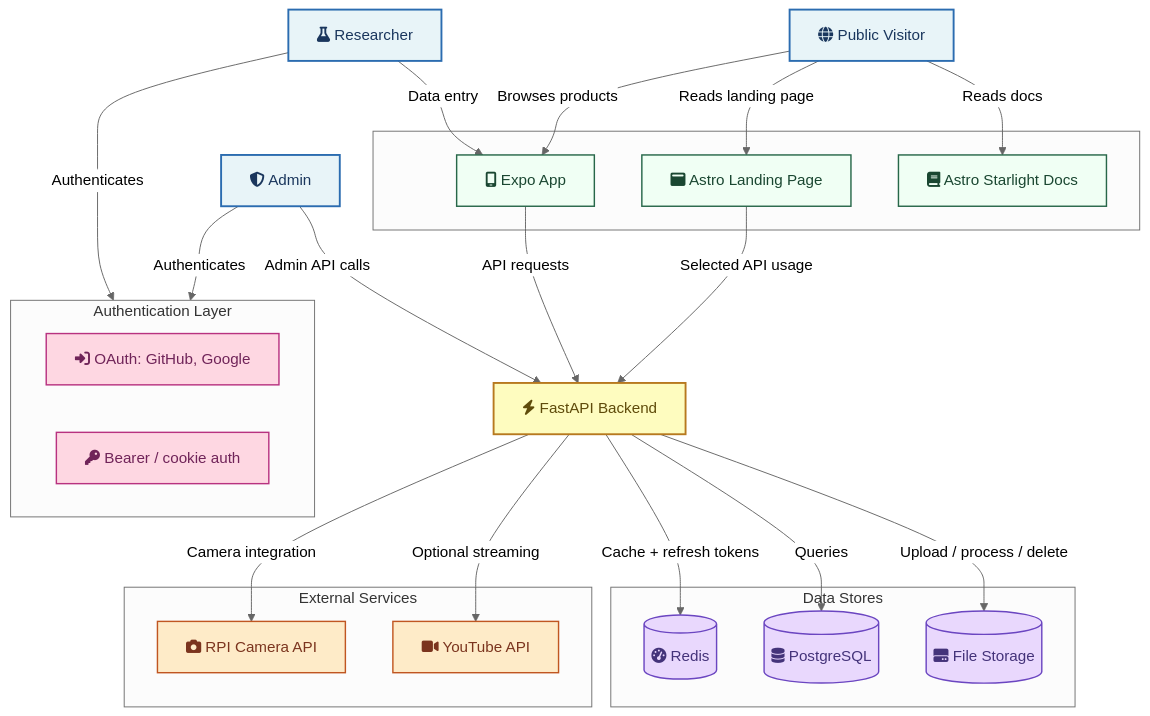
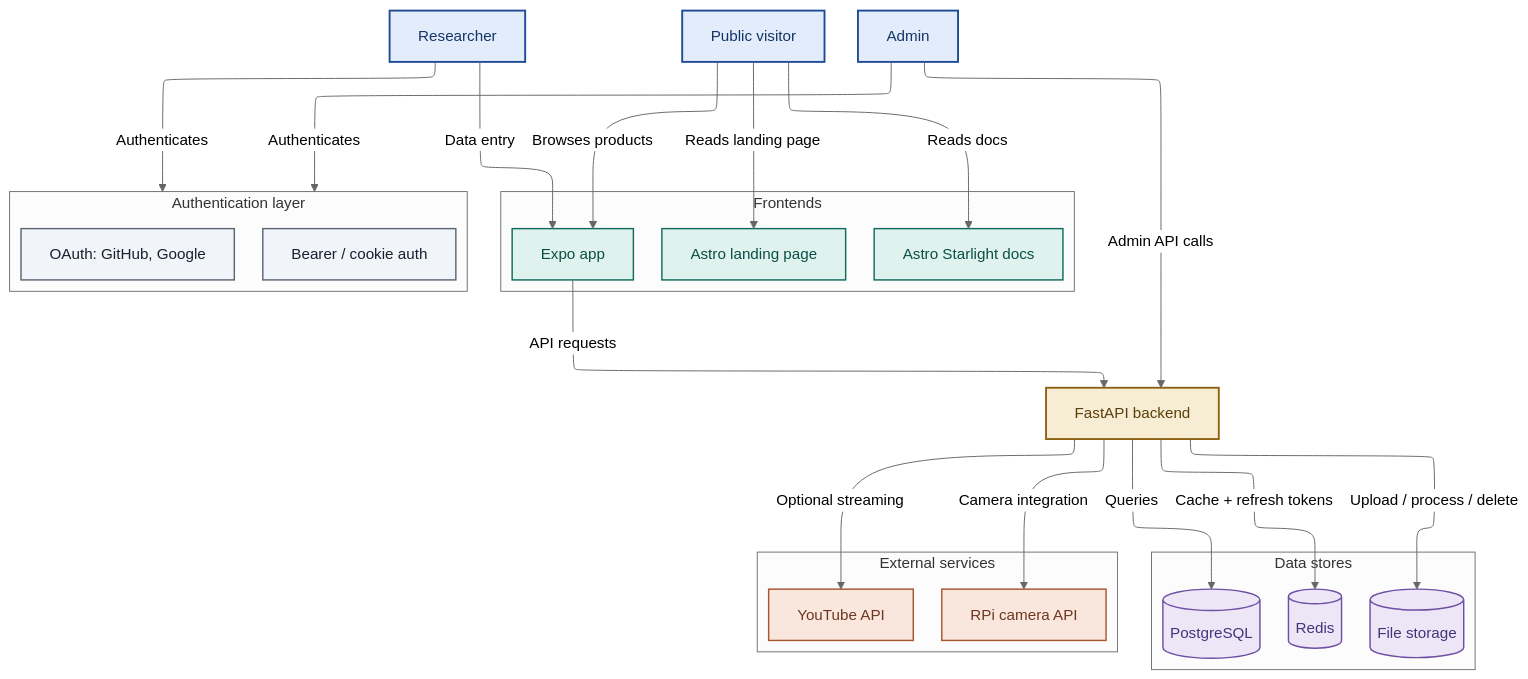
The diagram in docs/src/content/docs/architecture/system-design.mdx (CMLPlatform/relab), drawn with Mermaid (neutral theme) before and after one commit. The commit also changed other lines of this file and 2187 other files, not shown here.

````diff
--- a/docs/src/content/docs/architecture/system-design.mdx
+++ b/docs/src/content/docs/architecture/system-design.mdx
@@ -46,59 +10,67 @@
 ```mermaid
+---
+config:
+    layout: elk
+    elk:
+        nodePlacementStrategy: NETWORK_SIMPLEX
+---
+
 graph TD
-    Researcher["fa:fa-flask Researcher"] -->|Data entry| FrontendApp
-    PublicUser["fa:fa-globe Public Visitor"] -->|Browses products| FrontendApp
+    accTitle: Relab system architecture overview
+    accDescr: Researchers and public visitors reach the Expo app, Astro landing page, and Starlight docs frontends; the Expo app and admins call the FastAPI backend, which authenticates through OAuth and bearer/cookie auth, reads and writes PostgreSQL and Redis, manages file storage, and integrates with the RPi camera API and YouTube API.
+    Researcher["Researcher"] -->|Data entry| FrontendApp
+    PublicUser["Public visitor"] -->|Browses products| FrontendApp
     PublicUser -->|Reads landing page| FrontendWeb
     PublicUser -->|Reads docs| Docs
-    Admin["fa:fa-shield-halved Admin"] -->|Admin API calls| Backend
+    Admin["Admin"] -->|Admin API calls| Backend
 
-    subgraph Frontends [" "]
-        FrontendApp["fa:fa-mobile-screen Expo App"]
-        FrontendWeb["fa:fa-window-maximize Astro Landing Page"]
-        Docs["fa:fa-book Astro Starlight Docs"]
+    subgraph Frontends ["Frontends"]
+        FrontendApp["Expo app"]
+        FrontendWeb["Astro landing page"]
+        Docs["Astro Starlight docs"]
     end
 
     FrontendApp -->|API requests| Backend
-    FrontendWeb -->|Selected API usage| Backend
+    Backend["FastAPI backend"]
 
-    Backend["fa:fa-bolt FastAPI Backend"]
-
-    subgraph DataStores ["Data Stores"]
-        Redis[("fa:fa-gauge-high Redis")]
-        PostgreSQL[("fa:fa-database PostgreSQL")]
-        FileStorage[("fa:fa-hard-drive File Storage")]
+    subgraph DataStores ["Data stores"]
+        Redis[("Redis")]
+        PostgreSQL[("PostgreSQL")]
+        FileStorage[("File storage")]
     end
 
     Backend -->|Cache + refresh tokens| Redis
     Backend -->|Queries| PostgreSQL
     Backend -->|Upload / process / delete| FileStorage
 
-    subgraph Auth ["Authentication Layer"]
-        OAuthProviders["fa:fa-right-to-bracket OAuth: GitHub, Google"]
-        AuthSystem["fa:fa-key Bearer / cookie auth"]
+    subgraph Auth ["Authentication layer"]
+        OAuthProviders["OAuth: GitHub, Google"]
+        AuthSystem["Bearer / cookie auth"]
     end
 
     Researcher -->|Authenticates| Auth
     Admin -->|Authenticates| Auth
 
-    subgraph External ["External Services"]
-        RaspberryPi["fa:fa-camera RPI Camera API"]
-        YouTube["fa:fa-video YouTube API"]
+    subgraph External ["External services"]
+        RaspberryPi["RPi camera API"]
+        YouTube["YouTube API"]
     end
 
     Backend -->|Camera integration| RaspberryPi
     Backend -->|Optional streaming| YouTube
 
-    classDef actor fill:#e8f4f8,stroke:#2b6cb0,stroke-width:2px,color:#1a365d
-    classDef frontend fill:#f0fff4,stroke:#276749,stroke-width:1.5px,color:#1a4731
-    classDef backend fill:#fefcbf,stroke:#b7791f,stroke-width:2px,color:#5f4b0a
-    classDef datastore fill:#e9d8fd,stroke:#6b46c1,stroke-width:1.5px,color:#44337a
-    classDef auth fill:#fed7e2,stroke:#b83280,stroke-width:1.5px,color:#702459
-    classDef external fill:#feebc8,stroke:#c05621,stroke-width:1.5px,color:#7b341e
+    %% Diagram palette from assets/DESIGN.md (categorical ramp)
+    classDef actor fill:#e3ecfa,stroke:#1f4c96,stroke-width:2px,color:#143567
+    classDef frontend fill:#e0f2ed,stroke:#0e6b5e,stroke-width:1.5px,color:#0a4f45
+    classDef backend fill:#f7ecd4,stroke:#8f6212,stroke-width:2px,color:#5c3f0a
+    classDef datastore fill:#ede6f7,stroke:#6d4fa3,stroke-width:1.5px,color:#44337a
+    classDef auth fill:#f1f4f8,stroke:#5a6675,stroke-width:1.5px,color:#16202e
+    classDef external fill:#f9e7de,stroke:#a8542f,stroke-width:1.5px,color:#6e371f
 
     class Researcher,PublicUser,Admin actor
     class FrontendApp,FrontendWeb,Docs frontend
     class Backend backend
     class Redis,PostgreSQL,FileStorage datastore
-    class OAuthProviders,AuthSystem,HIBP auth
-    class SMTP,RaspberryPi,YouTube external
+    class OAuthProviders,AuthSystem auth
+    class RaspberryPi,YouTube external
 ```
````
